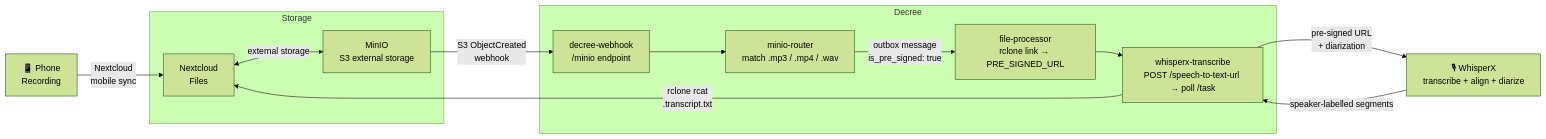
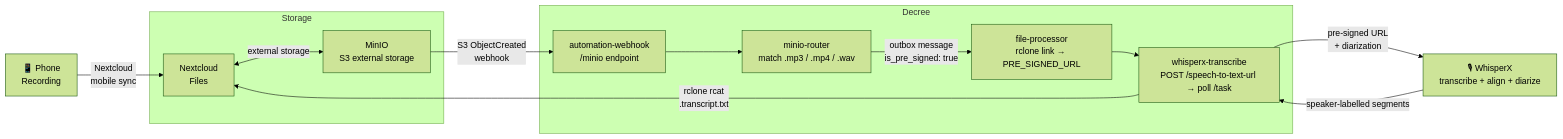
The diagram in site/docs/flows/recording-transcription.md (jtmckay/existential), drawn with Mermaid (forest theme) before and after one commit. The commit also changed other lines of this file and 337 other files, not shown here.

````diff
--- a/site/docs/flows/recording-transcription.md
+++ b/site/docs/flows/recording-transcription.md
@@ -9,26 +9,26 @@
 ```mermaid
 flowchart LR
     phone["📱 Phone\nRecording"] -->|"Nextcloud\nmobile sync"| nc
 
     subgraph storage["Storage"]
         nc["Nextcloud\nFiles"]
         minio["MinIO\nS3 external storage"]
         nc <-->|"external storage"| minio
     end
 
     minio -->|"S3 ObjectCreated\nwebhook"| webhook
 
     subgraph decree["Decree"]
-        webhook["decree-webhook\n/minio endpoint"]
+        webhook["automation-webhook\n/minio endpoint"]
         router["minio-router\nmatch .mp3 / .mp4 / .wav"]
         processor["file-processor\nrclone link → PRE_SIGNED_URL"]
         transcriber["whisperx-transcribe\nPOST /speech-to-text-url → poll /task"]
         webhook --> router
         router -->|"outbox message\nis_pre_signed: true"| processor
         processor --> transcriber
     end
 
     transcriber -->|"pre-signed URL\n+ diarization"| whisper["🎙 WhisperX\ntranscribe + align + diarize"]
     whisper -->|"speaker-labelled segments"| transcriber
     transcriber -->|"rclone rcat\n.transcript.txt"| nc
 ```
````
